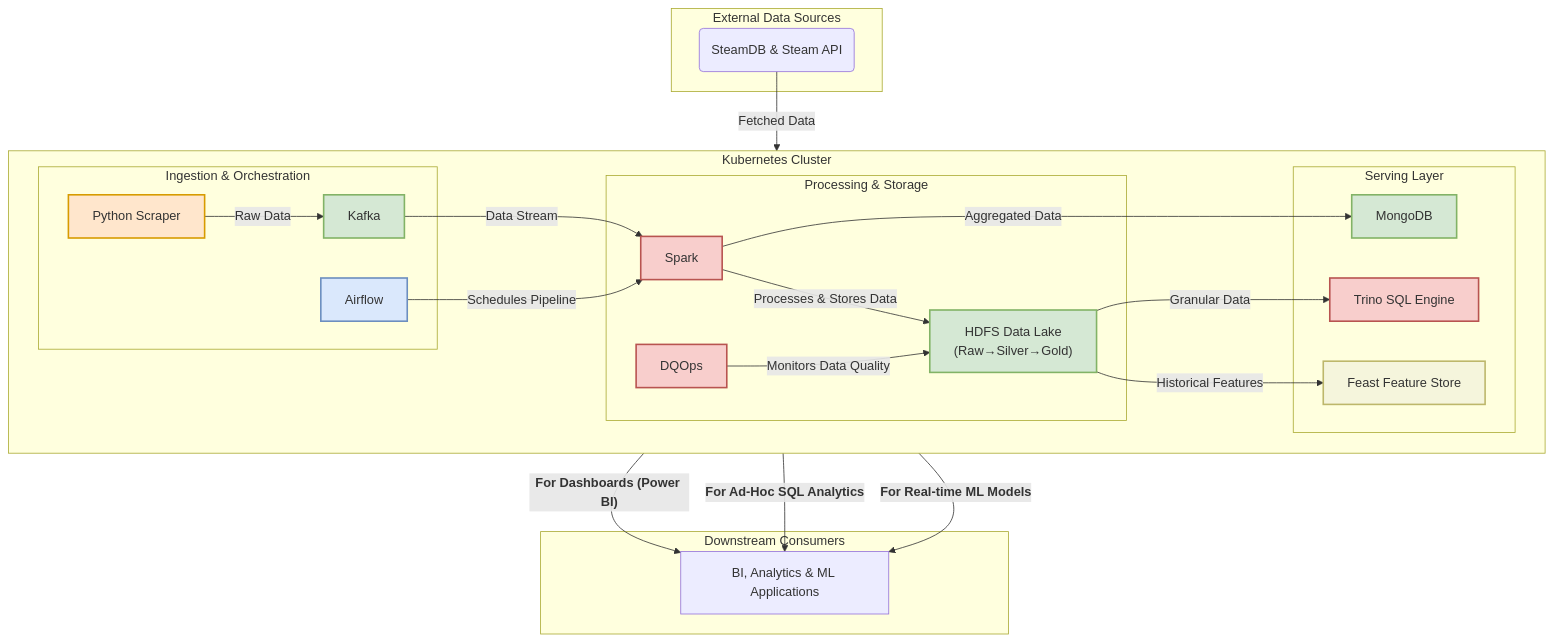
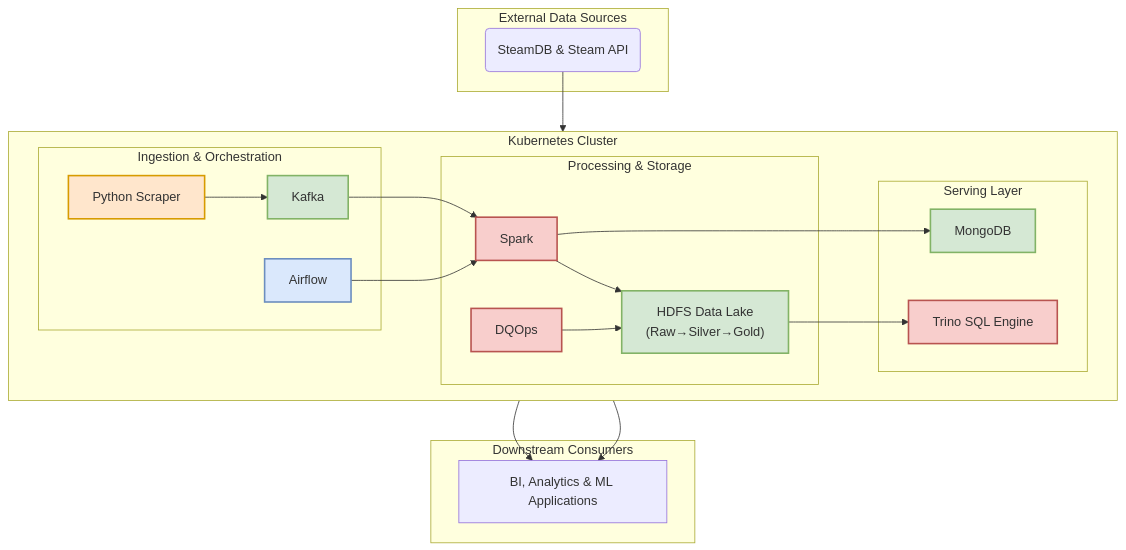
One commit to Helooeverybody/Steam-Game-Pipline changed the diagram in README.md. Above: the diagram before and after it, drawn with Mermaid. The commit also changed other lines of this file and 1 other file, not shown here.

````diff
--- a/README.md
+++ b/README.md
@@ -11,60 +31,41 @@
 ```mermaid
----
-config:
-  layout: fixed
-  theme: default
----
 flowchart TD
     subgraph A["External Data Sources"]
         Sources("SteamDB & Steam API")
     end
 
     subgraph B["Kubernetes Cluster"]
         direction LR
         subgraph B1["Ingestion & Orchestration"]
             Airflow["Airflow"]:::orchestration
             Scraper["Python Scraper"]:::ingestion
             Kafka["Kafka"]:::storage
         end
 
         subgraph B2["Processing & Storage"]
             Spark["Spark"]:::processing
             HDFS["HDFS Data Lake<br>(Raw→Silver→Gold)"]:::storage
             DQOps["DQOps"]:::processing
         end
 
         subgraph B3["Serving Layer"]
             MongoDB["MongoDB"]:::storage
             Trino["Trino SQL Engine"]:::processing
-            Feast["Feast Feature Store"]:::ml
         end
     end
 
     subgraph C["Downstream Consumers"]
         Consumers["BI, Analytics & ML Applications"]
     end
 
-    %% --- Main Data Flow ---
-    Sources -- Fetched Data --> Scraper -- Raw Data --> Kafka -- Data Stream --> Spark
-    Spark -- Processes & Stores Data --> HDFS
-    DQOps -- Monitors Data Quality --> HDFS
-    Airflow -- Schedules Pipeline --> Spark
+    Sources --> Scraper --> Kafka --> Spark --> HDFS
+    DQOps --> HDFS
+    Airflow --> Spark
+    Spark --> MongoDB --> Consumers
+    HDFS --> Trino --> Consumers
 
-    %% --- Three Paths to Consumers ---
-    Spark -- Aggregated Data --> MongoDB
-    MongoDB -- <b>For Dashboards (Power BI)</b> --> Consumers
-
-    HDFS -- Granular Data --> Trino
-    Trino -- <b>For Ad-Hoc SQL Analytics</b> --> Consumers
-
-    HDFS -- Historical Features --> Feast
-    Feast -- <b>For Real-time ML Models</b> --> Consumers
-
-
-    %% --- Styling ---
     classDef storage fill:#D5E8D4,stroke:#82B366,stroke-width:2px
     classDef processing fill:#F8CECC,stroke:#B85450,stroke-width:2px
     classDef orchestration fill:#DAE8FC,stroke:#6C8EBF,stroke-width:2px
     classDef ingestion fill:#FFE6CC,stroke:#D79B00,stroke-width:2px
-    classDef ml fill:#F5F5DC,stroke:#BDB76B,stroke-width:2px
 ```
````
